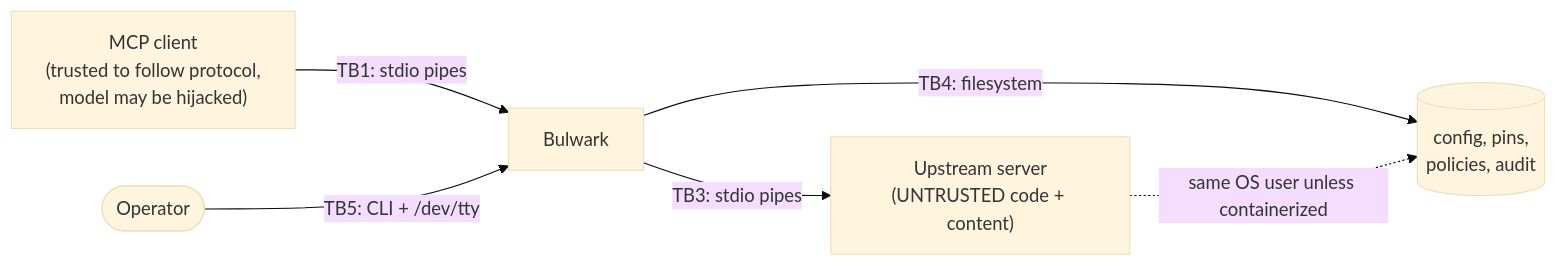
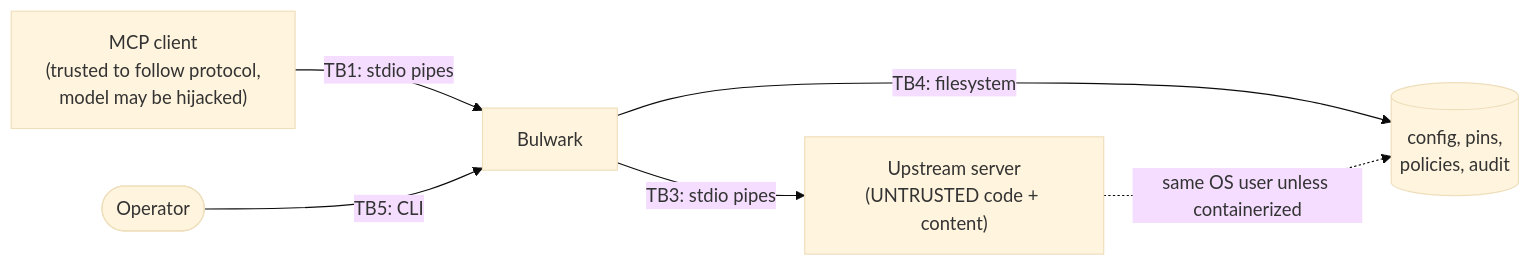
Before and after one commit to 1337-llama/robust-mcp-bulwark: the seventh of 7 diagrams in DESIGN.md, drawn with Mermaid (base theme). The commit also changed other lines of this file and 6 other files, not shown here.

````diff
--- a/DESIGN.md
+++ b/DESIGN.md
@@ -574,8 +582,8 @@
 ```mermaid
 flowchart LR
   C["MCP client<br/>(trusted to follow protocol,<br/>model may be hijacked)"] -- "TB1: stdio pipes" --> B["Bulwark"]
   B -- "TB3: stdio pipes" --> U["Upstream server<br/>(UNTRUSTED code + content)"]
   B -- "TB4: filesystem" --> S[("config, pins,<br/>policies, audit")]
-  O(["Operator"]) -- "TB5: CLI + /dev/tty" --> B
+  O(["Operator"]) -- "TB5: CLI" --> B
   U -. "same OS user unless containerized" .-> S
 ```
````
